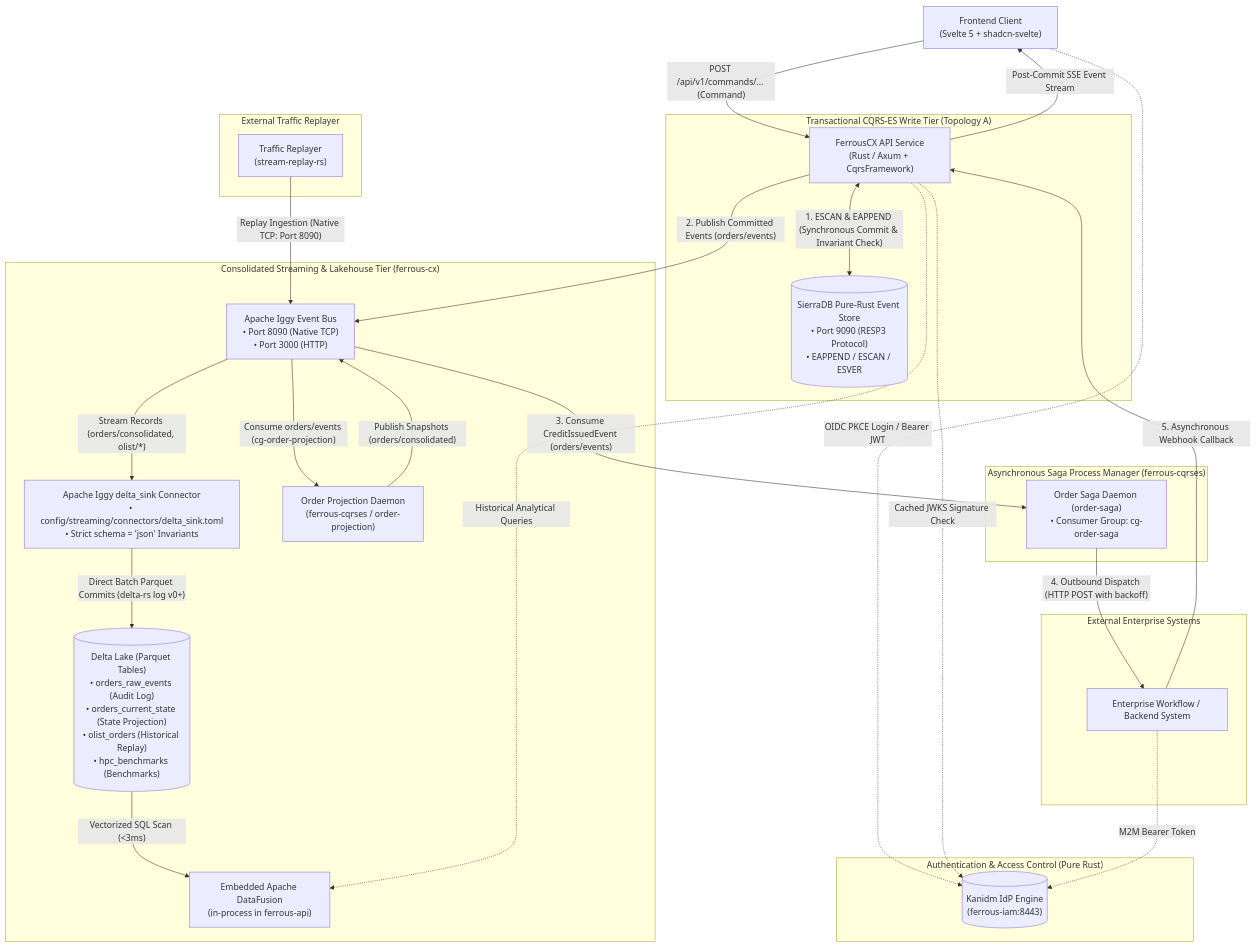
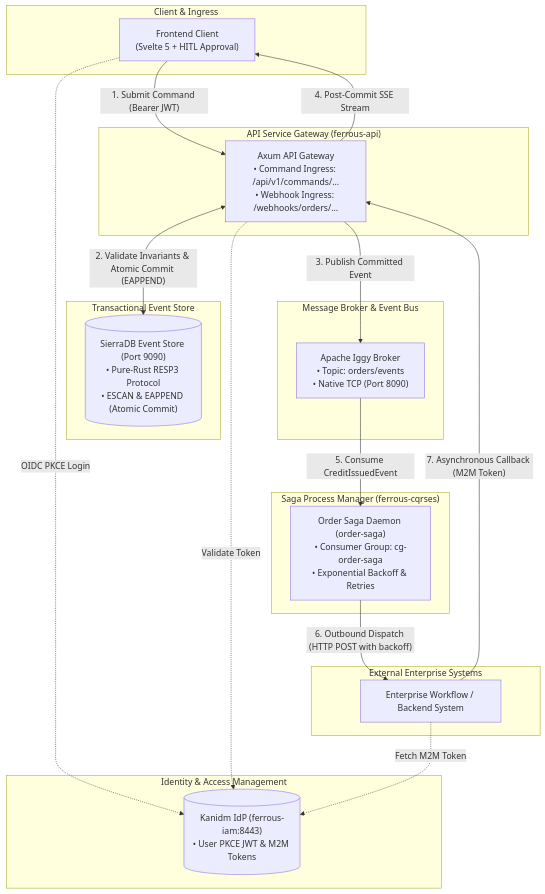
Before and after one commit to reidlai/ferrous-cx: the first of 2 diagrams in README.md, drawn with Mermaid. The commit also changed other lines of this file, not shown here.

Commit message:
docs(architecture): divide architecture into separate command and query sub-diagrams

````diff
--- a/README.md
+++ b/README.md
@@ -34,54 +40,44 @@
 ```mermaid
 flowchart TD
-    Client["Frontend Client<br/>(Svelte 5 + shadcn-svelte)"] -->|"POST /api/v1/commands/... (Command)"| ApiService["FerrousCX API Service<br/>(Rust / Axum + CqrsFramework)"]
-    ApiService -->|"Post-Commit SSE Event Stream"| Client
-
-    subgraph Ingestion_Source ["External Traffic Replayer"]
-        Replayer["Traffic Replayer<br/>(stream-replay-rs)"]
+    subgraph Client_Layer ["Client & Ingress"]
+        Client["Frontend Client<br/>(Svelte 5 + HITL Approval)"]
     end
 
-    subgraph CQRS_Write_Path ["Transactional CQRS-ES Write Tier (Topology A)"]
-        SierraDB[("SierraDB Pure-Rust Event Store<br/>• Port 9090 (RESP3 Protocol)<br/>• EAPPEND / ESCAN / ESVER")]
-        ApiService <-->|"1. ESCAN & EAPPEND (Synchronous Commit & Invariant Check)"| SierraDB
+    subgraph API_Gateway ["API Service Gateway (ferrous-api)"]
+        ApiService["Axum API Gateway<br/>• Command Ingress: /api/v1/commands/...<br/>• Webhook Ingress: /webhooks/orders/..."]
     end
 
-    subgraph Streaming_Tier ["Consolidated Streaming & Lakehouse Tier (ferrous-cx)"]
-        Iggy["Apache Iggy Event Bus<br/>• Port 8090 (Native TCP)<br/>• Port 3000 (HTTP)"]
-        DeltaSink["Apache Iggy delta_sink Connector<br/>• config/streaming/connectors/delta_sink.toml<br/>• Strict schema = 'json' Invariants"]
-
-        ApiService -->|"2. Publish Committed Events (orders/events)"| Iggy
-        OrderProjection["Order Projection Daemon<br/>(ferrous-cqrses / order-projection)"]
-        Iggy -->|"Consume orders/events (cg-order-projection)"| OrderProjection
-        OrderProjection -->|"Publish Snapshots (orders/consolidated)"| Iggy
-        Iggy -->|"Stream Records (orders/consolidated, olist/*)"| DeltaSink
-
-        DeltaLake[("Delta Lake (Parquet Tables)<br/>• orders_raw_events (Audit Log)<br/>• orders_current_state (State Projection)<br/>• olist_orders (Historical Replay)<br/>• hpc_benchmarks (Benchmarks)")]
-        DeltaSink -->|"Direct Batch Parquet Commits (delta-rs log v0+)"| DeltaLake
-
-        DataFusion["Embedded Apache DataFusion<br/>(in-process in ferrous-api)"]
-        DeltaLake -->|"Vectorized SQL Scan (<3ms)"| DataFusion
+    subgraph Event_Store ["Transactional Event Store"]
+        SierraDB[("SierraDB Event Store (Port 9090)<br/>• Pure-Rust RESP3 Protocol<br/>• ESCAN & EAPPEND (Atomic Commit)")]
     end
 
-    subgraph Saga_Process_Manager ["Asynchronous Saga Process Manager (ferrous-cqrses)"]
-        OrderSaga["Order Saga Daemon (order-saga)<br/>• Consumer Group: cg-order-saga"]
-        Iggy -->|"3. Consume CreditIssuedEvent (orders/events)"| OrderSaga
+    subgraph Event_Bus ["Message Broker & Event Bus"]
+        Iggy["Apache Iggy Broker<br/>• Topic: orders/events<br/>• Native TCP (Port 8090)"]
+    end
+
+    subgraph Saga_Daemon ["Saga Process Manager (ferrous-cqrses)"]
+        OrderSaga["Order Saga Daemon (order-saga)<br/>• Consumer Group: cg-order-saga<br/>• Exponential Backoff & Retries"]
     end
 
     subgraph External_Enterprise ["External Enterprise Systems"]
         EnterpriseWorkflow["Enterprise Workflow / Backend System"]
     end
 
-    subgraph IAM_Layer ["Authentication & Access Control (Pure Rust)"]
-        IAM[("Kanidm IdP Engine<br/>(ferrous-iam:8443)")]
+    subgraph Security_Tier ["Identity & Access Management"]
+        IAM[("Kanidm IdP (ferrous-iam:8443)<br/>• User PKCE JWT & M2M Tokens")]
     end
 
-    %% Cross-tier communication edges
-    Replayer -->|"Replay Ingestion (Native TCP: Port 8090)"| Iggy
-    ApiService -.->|"Historical Analytical Queries"| DataFusion
-    Client -.->|"OIDC PKCE Login / Bearer JWT"| IAM
-    ApiService -.->|"Cached JWKS Signature Check"| IAM
+    %% Command Lifecycle Flow
+    Client -->|"1. Submit Command (Bearer JWT)"| ApiService
+    Client -.->|"OIDC PKCE Login"| IAM
+    ApiService -.->|"Validate Token"| IAM
+    ApiService <-->|"2. Validate Invariants & Atomic Commit (EAPPEND)"| SierraDB
+    ApiService -->|"3. Publish Committed Event"| Iggy
+    ApiService -->|"4. Post-Commit SSE Stream"| Client
 
-    OrderSaga -->|"4. Outbound Dispatch (HTTP POST with backoff)"| EnterpriseWorkflow
-    EnterpriseWorkflow -->|"5. Asynchronous Webhook Callback"| ApiService
-    EnterpriseWorkflow -.->|"M2M Bearer Token"| IAM
+    %% Asynchronous Saga Lifecycle Flow
+    Iggy -->|"5. Consume CreditIssuedEvent"| OrderSaga
+    OrderSaga -->|"6. Outbound Dispatch (HTTP POST with backoff)"| EnterpriseWorkflow
+    EnterpriseWorkflow -->|"7. Asynchronous Callback (M2M Token)"| ApiService
+    EnterpriseWorkflow -.->|"Fetch M2M Token"| IAM
 ```
````
